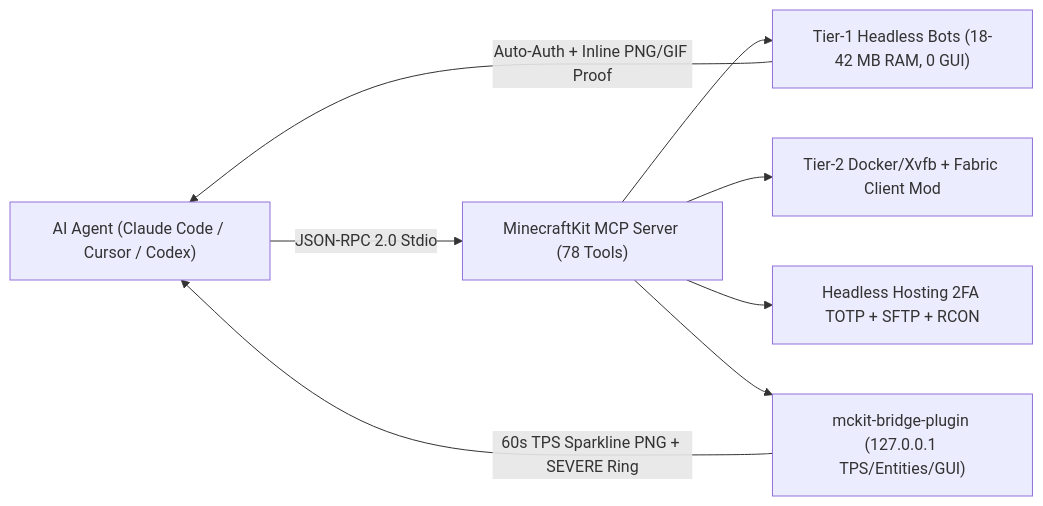
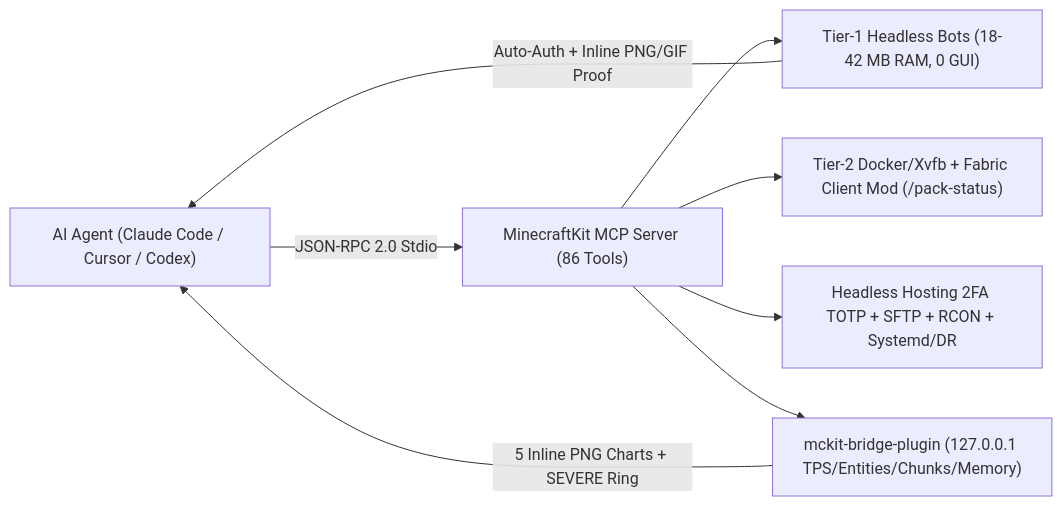
Before and after one commit to SalyyS1/minecraftkit: the diagram in README.md, drawn with Mermaid. The commit also changed other lines of this file and 13 other files, not shown here.

Commit message:
feat(v8.0.0): Flagship Edition — 86 MCP Tools (MythicMobs/MMOItems Linter), 7-Engine Offline Lab & Cloud Offload Matrix

````diff
--- a/README.md
+++ b/README.md
@@ -12,10 +12,10 @@
 ```mermaid
 flowchart LR
-  AI["AI Agent (Claude Code / Cursor / Codex)"] -->|JSON-RPC 2.0 Stdio| MCP["MinecraftKit MCP Server (78 Tools)"]
+  AI["AI Agent (Claude Code / Cursor / Codex)"] -->|JSON-RPC 2.0 Stdio| MCP["MinecraftKit MCP Server (86 Tools)"]
   MCP --> BOT["Tier-1 Headless Bots (18-42 MB RAM, 0 GUI)"]
-  MCP --> VIS["Tier-2 Docker/Xvfb + Fabric Client Mod"]
-  MCP --> OPS["Headless Hosting 2FA TOTP + SFTP + RCON"]
-  MCP --> BRIDGE["mckit-bridge-plugin (127.0.0.1 TPS/Entities/GUI)"]
+  MCP --> VIS["Tier-2 Docker/Xvfb + Fabric Client Mod (/pack-status)"]
+  MCP --> OPS["Headless Hosting 2FA TOTP + SFTP + RCON + Systemd/DR"]
+  MCP --> BRIDGE["mckit-bridge-plugin (127.0.0.1 TPS/Entities/Chunks/Memory)"]
   BOT -->|Auto-Auth + Inline PNG/GIF Proof| AI
-  BRIDGE -->|60s TPS Sparkline PNG + SEVERE Ring| AI
+  BRIDGE -->|5 Inline PNG Charts + SEVERE Ring| AI
 ```
````
